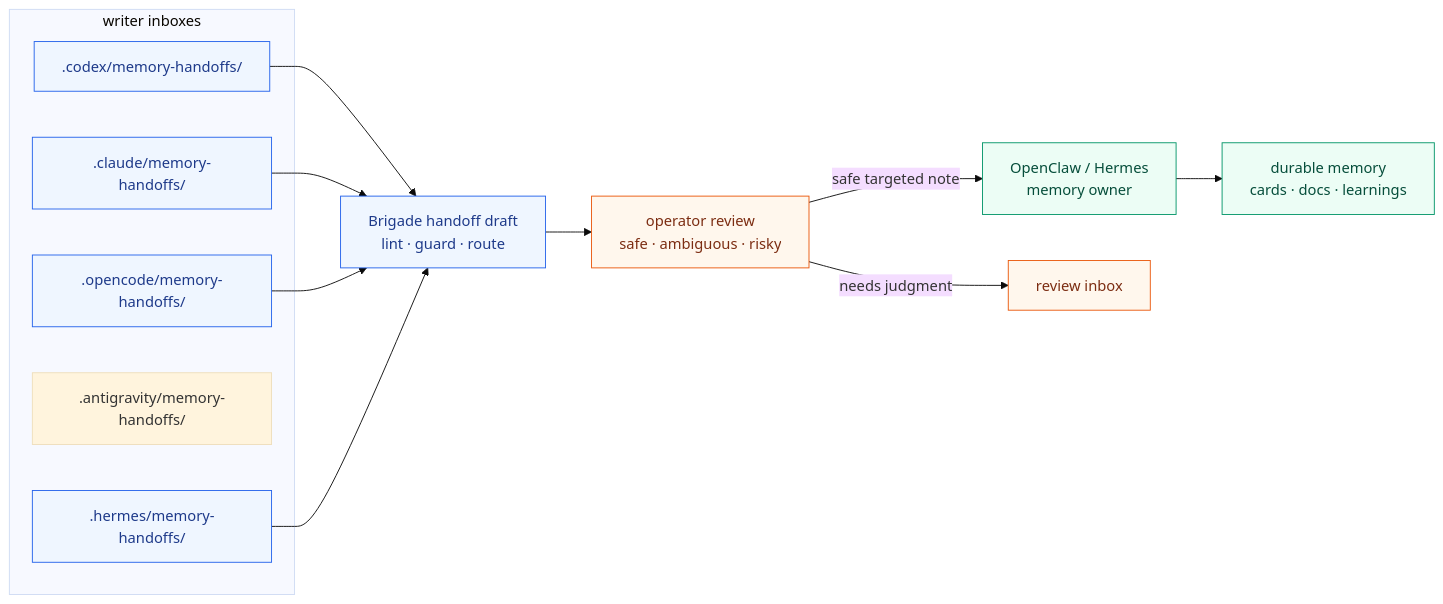
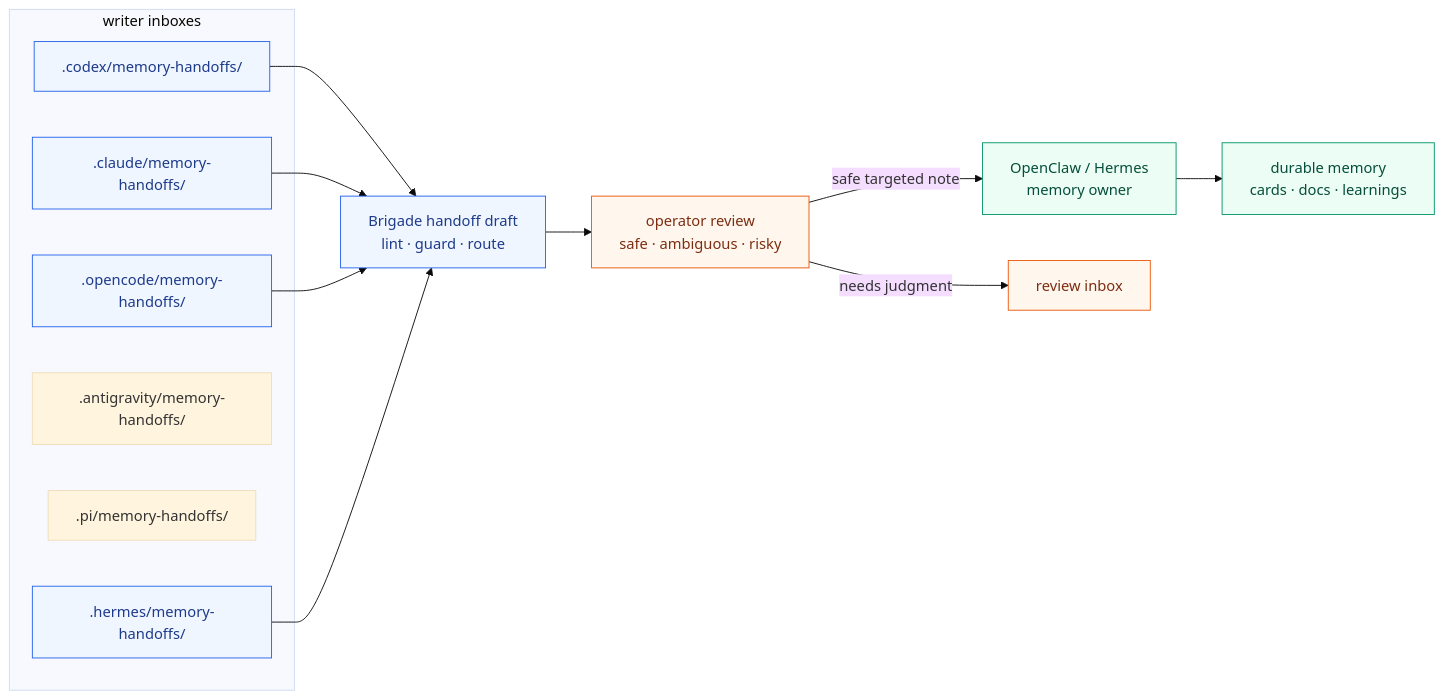
Before and after one commit to escoffier-labs/brigade: the second of 13 diagrams in README.md, drawn with Mermaid (base theme). The commit also changed other lines of this file and 38 other files, not shown here.

````diff
--- a/README.md
+++ b/README.md
@@ -221,26 +222,27 @@
 ```mermaid
 flowchart LR
     subgraph WRITERS [" writer inboxes "]
         C[".codex/memory-handoffs/"]
         CL[".claude/memory-handoffs/"]
         O[".opencode/memory-handoffs/"]
         A[".antigravity/memory-handoffs/"]
+        P[".pi/memory-handoffs/"]
         H[".hermes/memory-handoffs/"]
     end
 
     DRAFT["Brigade handoff draft<br/>lint · guard · route"]
     REVIEW["operator review<br/>safe · ambiguous · risky"]
     OWNER["OpenClaw / Hermes<br/>memory owner"]
     MEM["durable memory<br/>cards · docs · learnings"]
 
     C & CL & O & H --> DRAFT --> REVIEW
     REVIEW -->|safe targeted note| OWNER --> MEM
     REVIEW -->|needs judgment| INBOX["review inbox"]
 
     classDef local fill:#eff6ff,stroke:#2563eb,color:#1e3a8a;
     classDef review fill:#fff7ed,stroke:#ea580c,color:#7c2d12;
     classDef memory fill:#ecfdf5,stroke:#059669,color:#064e3b;
     class C,CL,O,H,DRAFT local;
     class REVIEW,INBOX review;
     class OWNER,MEM memory;
 ```
````
